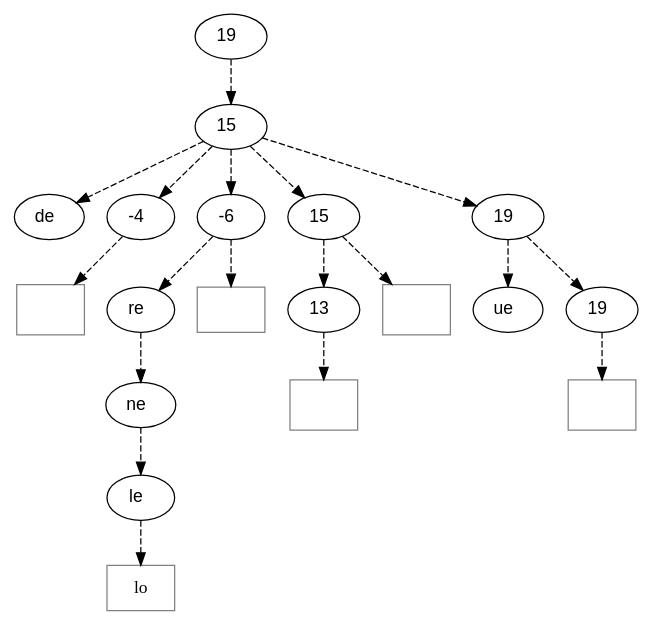
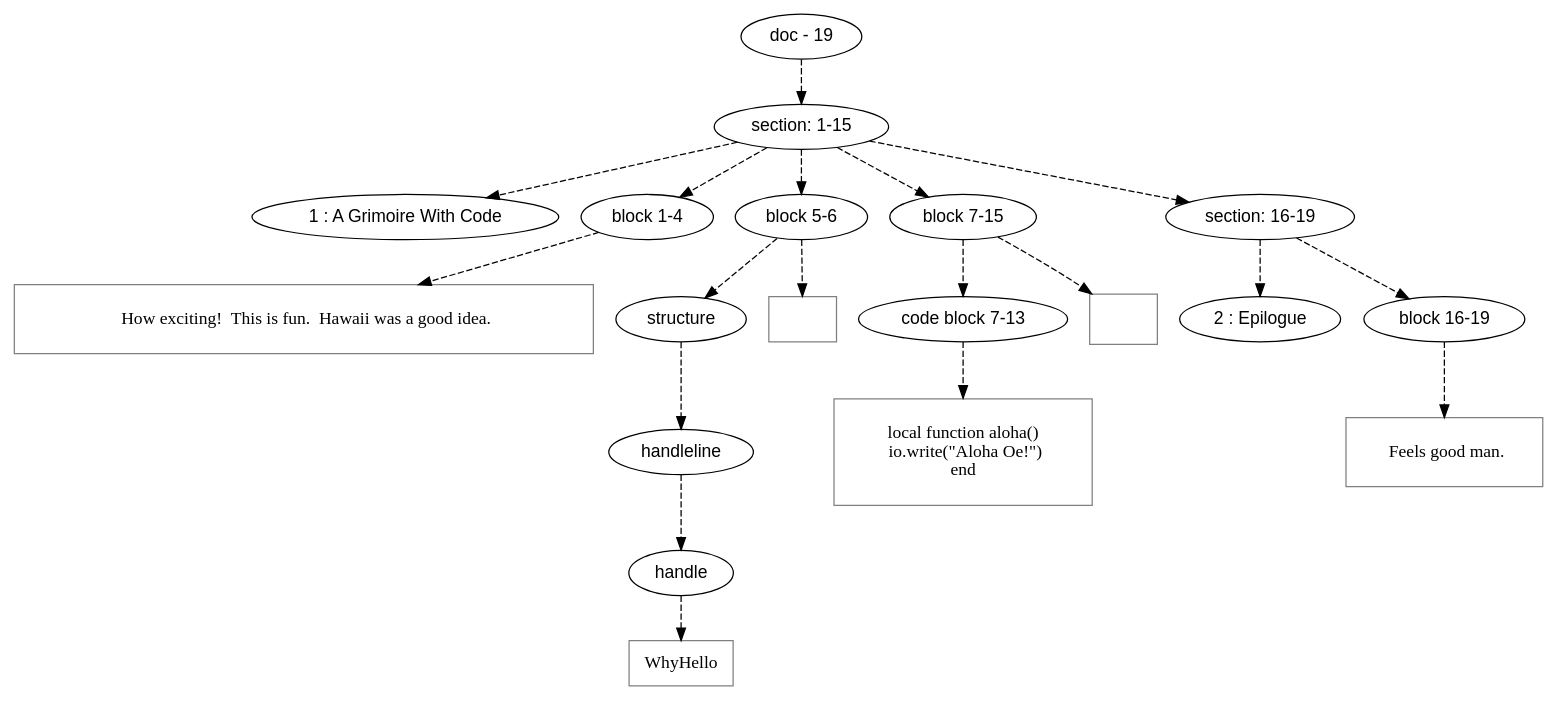
The diagram in orb/dot/samples/codeblock.gm-old.dot (mnemnion/orb), drawn with Graphviz before and after one commit. The commit also changed 114 other files, not shown here.

```diff
--- a/orb/dot/samples/codeblock.gm-old.dot
+++ b/orb/dot/samples/codeblock.gm-old.dot
@@ -1,70 +1,94 @@
 digraph hierarchy {
 
 node [fontname=Helvetica]
 edge [style=dashed]
 
-doc_0 [label="19  "]
+doc_0 [label="doc - 19"]
+
 
 doc_0 -> { section_1}
 {rank=same; section_1}
 
-section_1 [label="15  "]
+section_1 [label="section: 1-15"]
+
 
 section_1 -> { header_2 block_3 block_4 block_5 section_6}
 {rank=same; header_2 block_3 block_4 block_5 section_6}
 
-header_2 [label="de  "]
-block_3 [label="-4  "]
-block_4 [label="-6  "]
-block_5 [label="15  "]
-section_6 [label="19  "]
+header_2 [label="1 : A Grimoire With Code"]
+
+block_3 [label="block 1-4"]
+
+block_4 [label="block 5-6"]
+
+block_5 [label="block 7-15"]
+
+section_6 [label="section: 16-19"]
+
 
 
 block_3 -> leaf_7
 leaf_7  [color=Gray,shape=rectangle,fontname=Inconsolata,label="
+  How exciting!  This is fun.  Hawaii was a good idea.
 
-"]block_4 -> { structure_8}
+"]
+block_4 -> { structure_8}
 {rank=same; structure_8}
 
-structure_8 [label="re  "]
+structure_8 [label="structure"]
+
 
 structure_8 -> { handleline_9}
 {rank=same; handleline_9}
 
-handleline_9 [label="ne  "]
+handleline_9 [label="handleline"]
+
 
 handleline_9 -> { handle_10}
 {rank=same; handle_10}
 
-handle_10 [label="le  "]
+handle_10 [label="handle"]
+
 
 
 handle_10 -> leaf_11
-leaf_11  [color=Gray,shape=rectangle,fontname=Inconsolata,label="lo"]
+leaf_11  [color=Gray,shape=rectangle,fontname=Inconsolata,label="WhyHello"]
+
 block_4 -> leaf_12
 leaf_12  [color=Gray,shape=rectangle,fontname=Inconsolata,label="
-"]block_5 -> { codeblock_13}
+"]
+block_5 -> { codeblock_13}
 {rank=same; codeblock_13}
 
-codeblock_13 [label="13  "]
+codeblock_13 [label="code block 7-13"]
+
 
 
 codeblock_13 -> leaf_14
 leaf_14  [color=Gray,shape=rectangle,fontname=Inconsolata,label="
+local function aloha()
+  io.write(\"Aloha Oe!\")
+end
 
 "]
+
 block_5 -> leaf_15
 leaf_15  [color=Gray,shape=rectangle,fontname=Inconsolata,label="
 
-"]section_6 -> { header_16 block_17}
+"]
+section_6 -> { header_16 block_17}
 {rank=same; header_16 block_17}
 
-header_16 [label="ue  "]
-block_17 [label="19  "]
+header_16 [label="2 : Epilogue"]
+
+block_17 [label="block 16-19"]
+
 
 
 block_17 -> leaf_18
 leaf_18  [color=Gray,shape=rectangle,fontname=Inconsolata,label="
+  Feels good man.
 
 "]
+
 }
```
